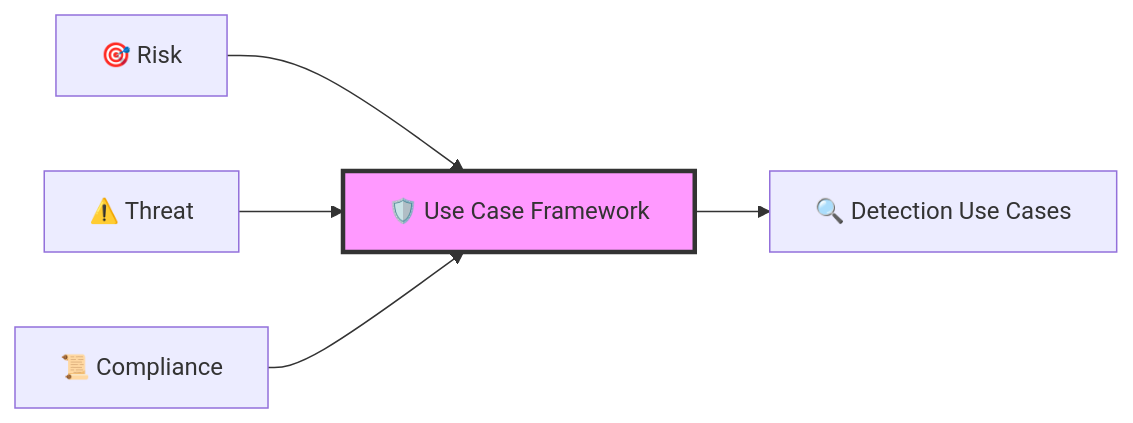
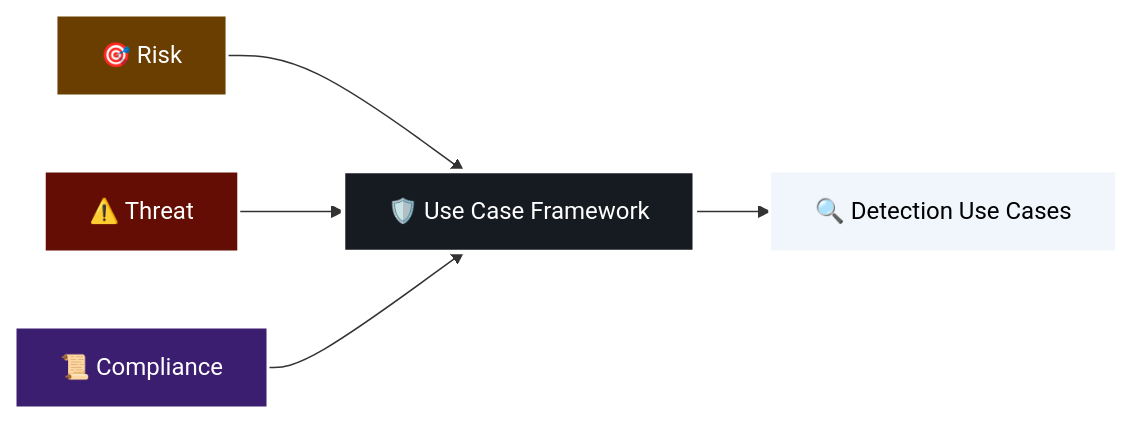
The second of 10 diagrams in DEF.md (josamontiel/Detection-Engineering-Framework), drawn with Mermaid before and after one commit. The commit also changed other lines of this file, not shown here.

````diff
--- a/DEF.md
+++ b/DEF.md
@@ -140,9 +127,13 @@
 ```mermaid
 graph LR
     A[🎯 Risk] --> D[🛡️ Use Case Framework]
     B[⚠️ Threat] --> D
     C[📜 Compliance] --> D
     D --> E[🔍 Detection Use Cases]
     
-    style D fill:#f9f,stroke:#333,stroke-width:3px
+    style A fill:#693e00,stroke:#fff,stroke-width:2px,color:#fff
+    style B fill:#640d04,stroke:#fff,stroke-width:2px,color:#fff
+    style C fill:#3c1e70,stroke:#fff,stroke-width:2px,color:#fff
+    style D fill:#161b22,stroke:#fff,stroke-width:3px,color:#fff
+    style E fill:#f0f6fc,stroke:#fff,stroke-width:2px,color:#000
 ```
````
